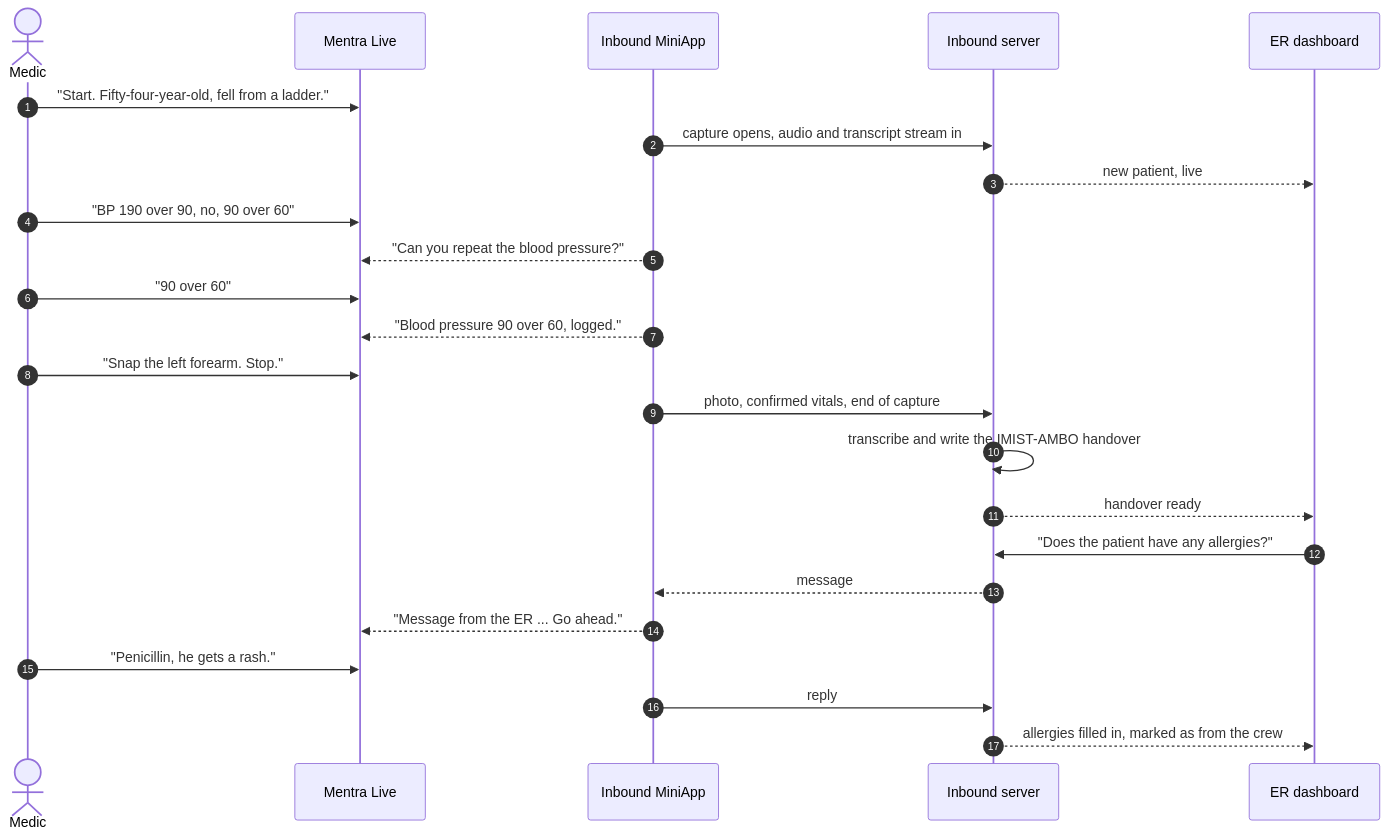
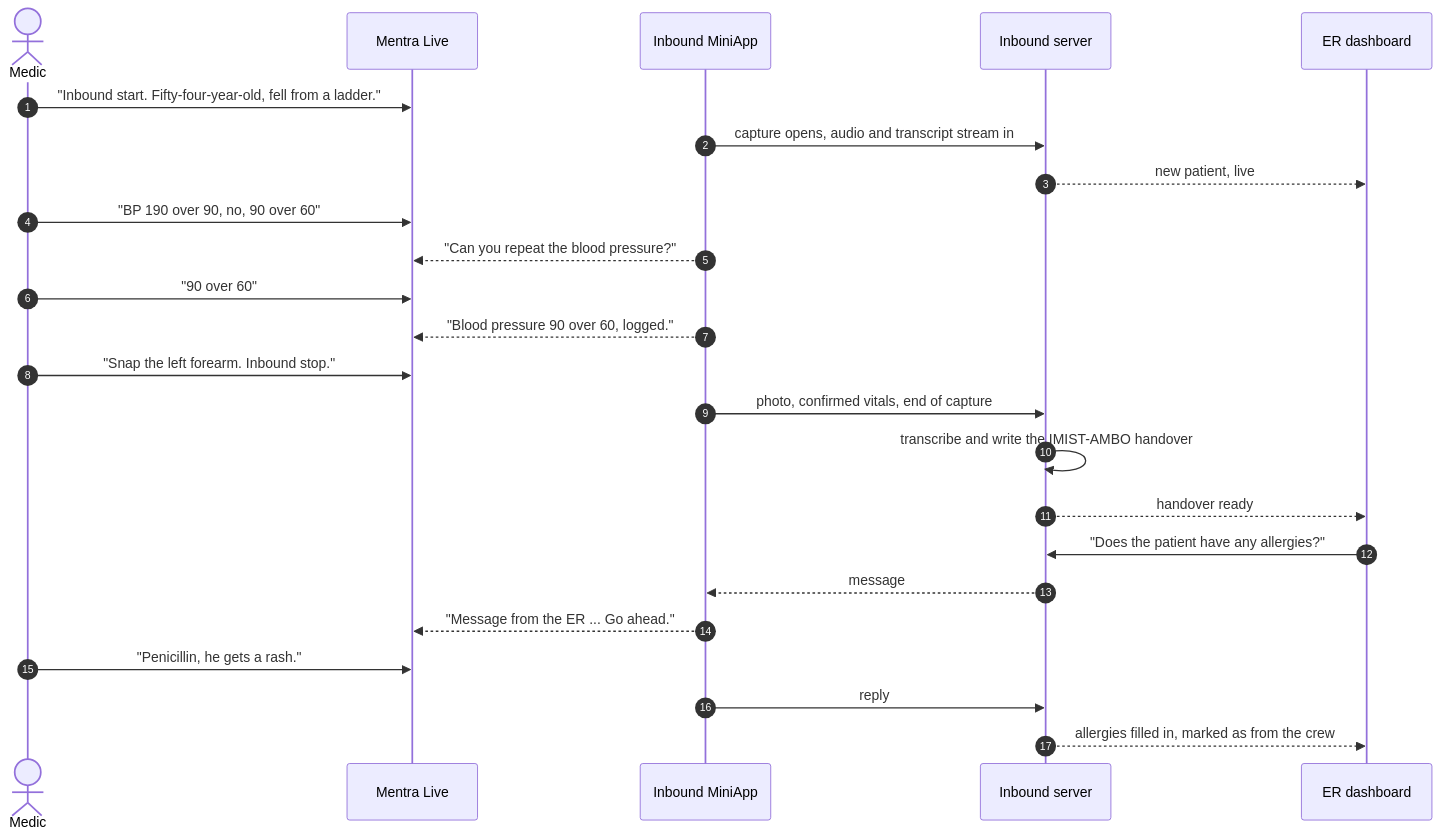
The second of 2 diagrams in README.md (dyauskonai/Inbound), drawn with Mermaid before and after one commit. The commit also changed other lines of this file and 15 other files, not shown here.

First line of the commit message:
Say "inbound start" and "inbound stop"; "snap" stays as it is

````diff
--- a/README.md
+++ b/README.md
@@ -86,27 +86,27 @@
 ```mermaid
 sequenceDiagram
     autonumber
     actor Medic
     participant Glasses as Mentra Live
     participant Phone as Inbound MiniApp
     participant Server as Inbound server
     participant ER as ER dashboard
 
-    Medic->>Glasses: "Start. Fifty-four-year-old, fell from a ladder."
+    Medic->>Glasses: "Inbound start. Fifty-four-year-old, fell from a ladder."
     Phone->>Server: capture opens, audio and transcript stream in
     Server-->>ER: new patient, live
     Medic->>Glasses: "BP 190 over 90, no, 90 over 60"
     Phone-->>Glasses: "Can you repeat the blood pressure?"
     Medic->>Glasses: "90 over 60"
     Phone-->>Glasses: "Blood pressure 90 over 60, logged."
-    Medic->>Glasses: "Snap the left forearm. Stop."
+    Medic->>Glasses: "Snap the left forearm. Inbound stop."
     Phone->>Server: photo, confirmed vitals, end of capture
     Server->>Server: transcribe and write the IMIST-AMBO handover
     Server-->>ER: handover ready
     ER->>Server: "Does the patient have any allergies?"
     Server-->>Phone: message
     Phone-->>Glasses: "Message from the ER ... Go ahead."
     Medic->>Glasses: "Penicillin, he gets a rash."
     Phone->>Server: reply
     Server-->>ER: allergies filled in, marked as from the crew
 ```
````
